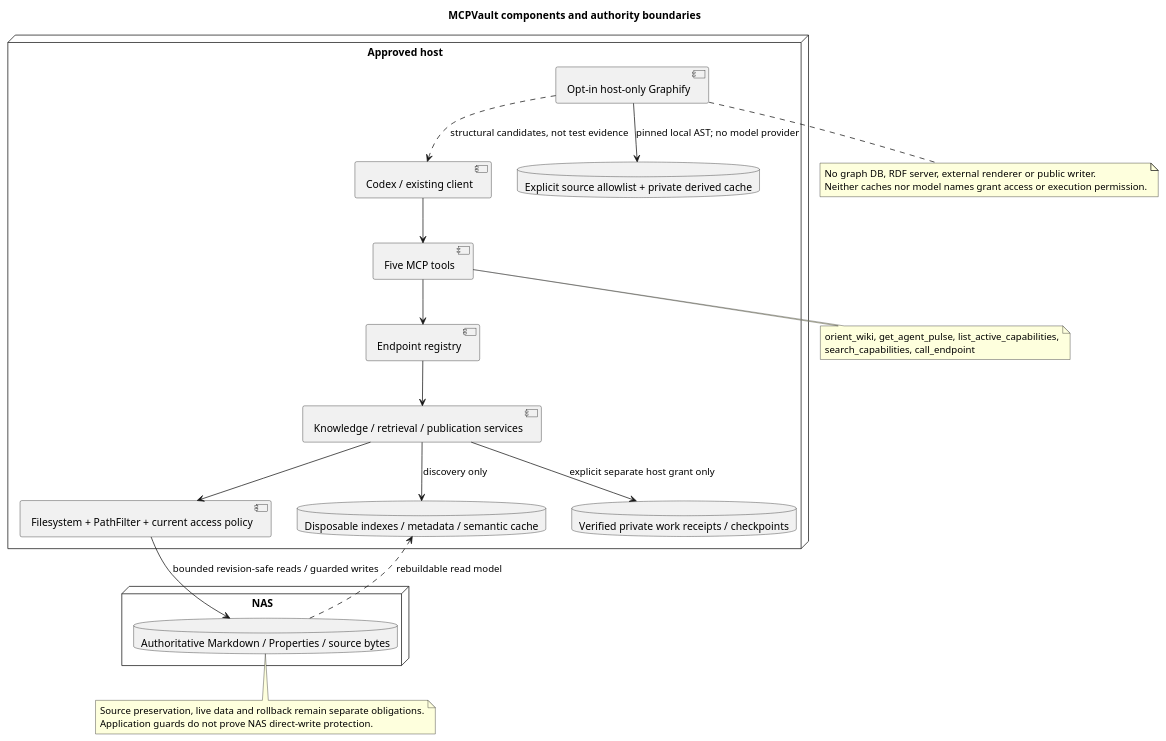
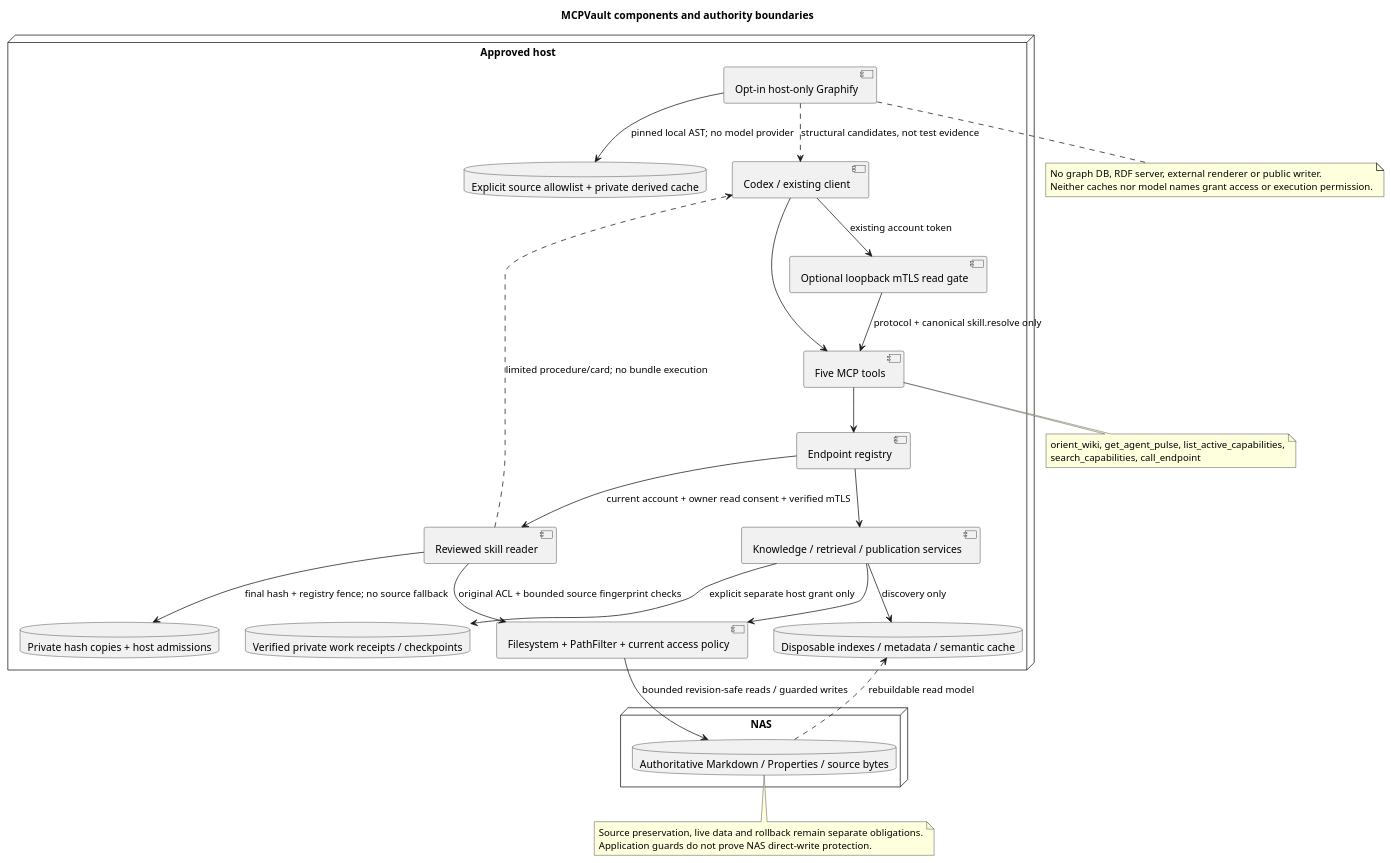
One commit to Song-Seng-Hun/mcpvault changed the diagram in docs/architecture/uml/deployment.puml. Above: the diagram before and after it, drawn with PlantUML. The commit also changed 123 other files, not shown here.

Commit message:
Add fail-closed reviewed skill releases and bounded discovery

```diff
--- a/docs/architecture/uml/deployment.puml
+++ b/docs/architecture/uml/deployment.puml
@@ -1,39 +1,48 @@
 @startuml
 title MCPVault components and authority boundaries
 node "Approved host" {
   component "Codex / existing client" as Client
   component "Five MCP tools" as MCP
   component "Endpoint registry" as Registry
   component "Knowledge / retrieval / publication services" as Services
   component "Filesystem + PathFilter + current access policy" as Boundary
   database "Disposable indexes / metadata / semantic cache" as Cache
   component "Opt-in host-only Graphify" as Graphify
   database "Explicit source allowlist + private derived cache" as CodeCache
   database "Verified private work receipts / checkpoints" as Journal
+  component "Reviewed skill reader" as Reviewed
+  component "Optional loopback mTLS read gate" as ReviewedGate
+  database "Private hash copies + host admissions" as Releases
   Client --> MCP
+  Client --> ReviewedGate : existing account token
+  ReviewedGate --> MCP : protocol + canonical skill.resolve only
   MCP --> Registry
   Registry --> Services
   Services --> Boundary
   Services --> Cache : discovery only
   Services --> Journal : explicit separate host grant only
+  Registry --> Reviewed : current account + owner read consent + verified mTLS
+  Reviewed --> Releases : final hash + registry fence; no source fallback
+  Reviewed --> Boundary : original ACL + bounded source fingerprint checks
+  Reviewed ..> Client : limited procedure/card; no bundle execution
   Graphify --> CodeCache : pinned local AST; no model provider
   Graphify ..> Client : structural candidates, not test evidence
 }
 node "NAS" {
   database "Authoritative Markdown / Properties / source bytes" as Vault
 }
 Boundary --> Vault : bounded revision-safe reads / guarded writes
 Vault ..> Cache : rebuildable read model
 note bottom of MCP
   orient_wiki, get_agent_pulse, list_active_capabilities,
   search_capabilities, call_endpoint
 end note
 note bottom of Vault
   Source preservation, live data and rollback remain separate obligations.
   Application guards do not prove NAS direct-write protection.
 end note
 note bottom of Graphify
   No graph DB, RDF server, external renderer or public writer.
   Neither caches nor model names grant access or execution permission.
 end note
 @enduml
```
